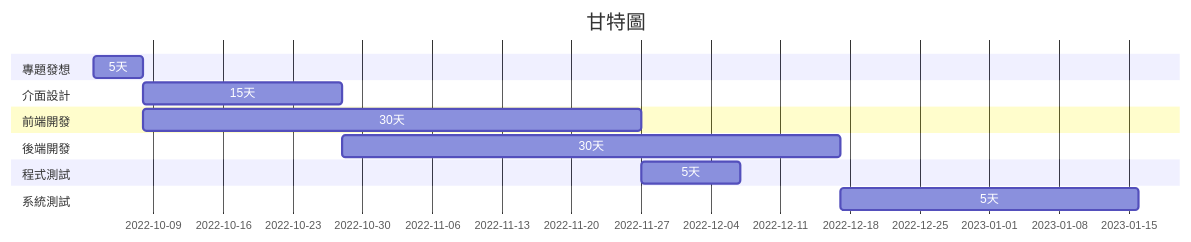
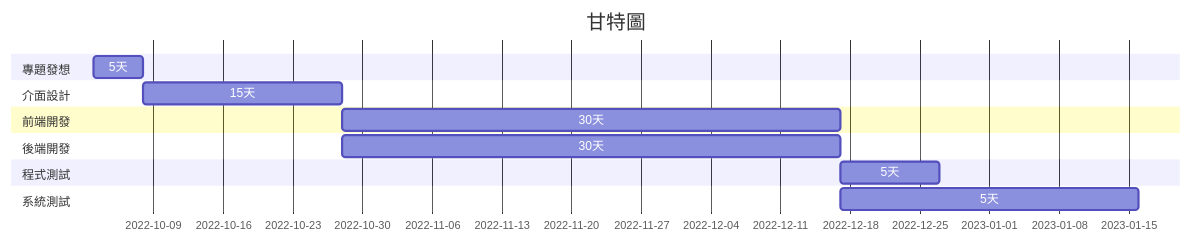
The diagram in README.md (noman248/Group), drawn with Mermaid before and after one commit.

````diff
--- a/README.md
+++ b/README.md
@@ -16,22 +16,22 @@
 ```mermaid
 gantt
     title 甘特圖
     section 專題發想
     5天:a1, 2022-10-03, 5d
     
     section 介面設計
     15天:a2,after a1  , 20d
     
     section 前端開發
-    30天:a3,after a1  , 50d
+    30天:a3,after a2  , 50d
     
     section 後端開發
     30天:a4,after a2  , 50d 
     
     section 程式測試
     5天:a5,after a3  , 10d
     
     section 系統測試
     5天:a6,after a4  , 30d
     
 ```
````
